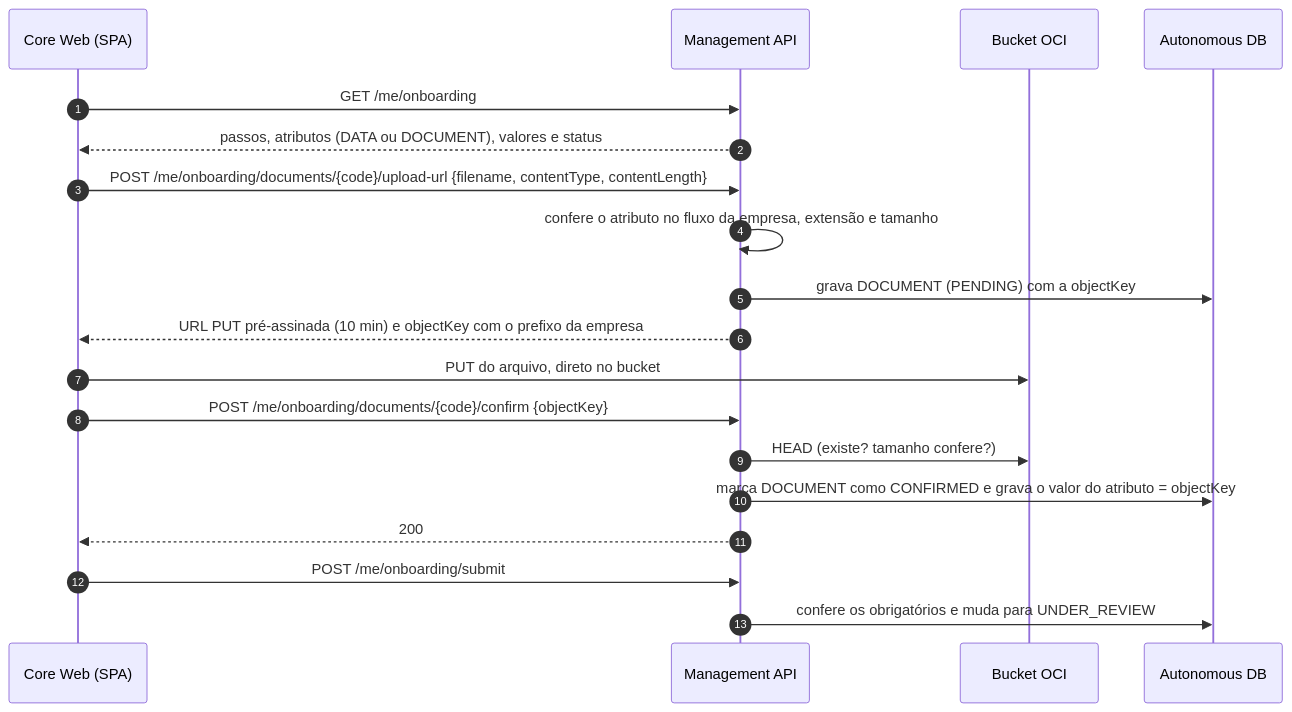
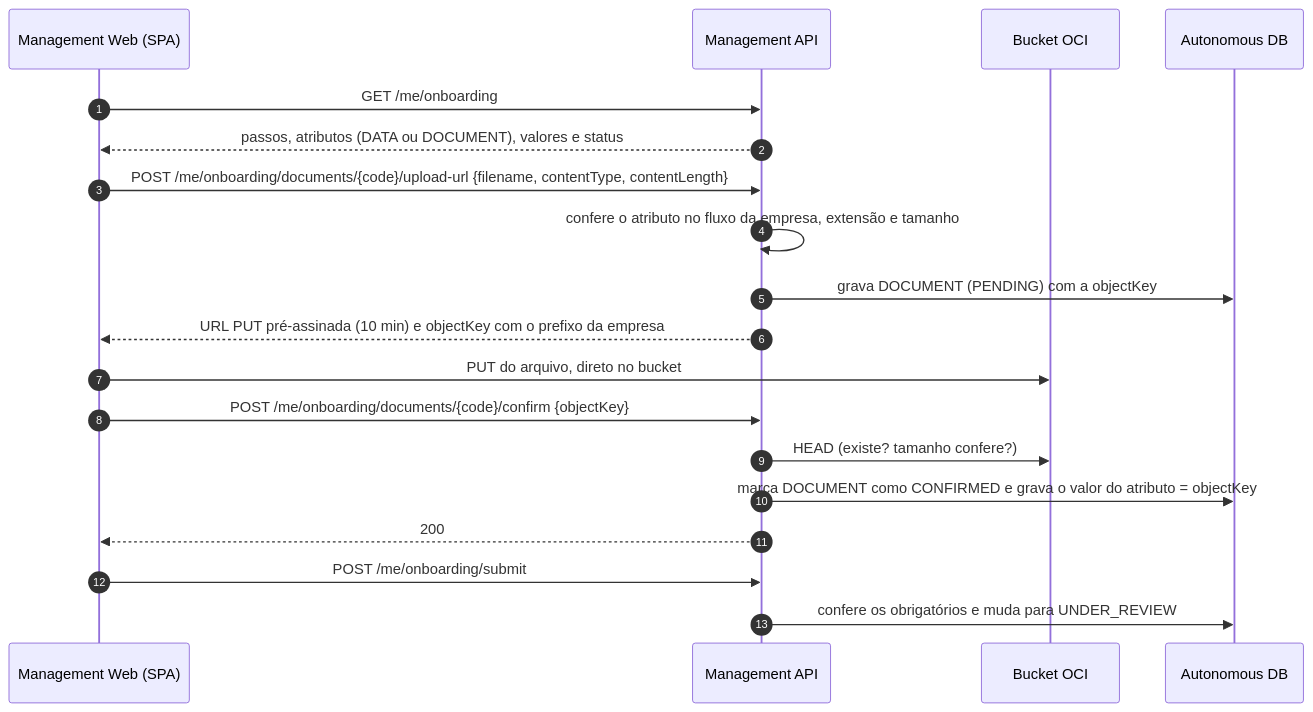
Before and after one commit to ECOLchain/ecolchain-management-api: the sixth of 8 diagrams in docs/proposta-auth-onboarding.md, drawn with Mermaid. The commit also changed other lines of this file and 5 other files, not shown here.

````diff
--- a/docs/proposta-auth-onboarding.md
+++ b/docs/proposta-auth-onboarding.md
@@ -261,22 +294,22 @@
 ```mermaid
 sequenceDiagram
     autonumber
-    participant W as Core Web (SPA)
+    participant W as Management Web (SPA)
     participant A as Management API
     participant B as Bucket OCI
     participant D as Autonomous DB
 
     W->>A: GET /me/onboarding
     A-->>W: passos, atributos (DATA ou DOCUMENT), valores e status
     W->>A: POST /me/onboarding/documents/{code}/upload-url {filename, contentType, contentLength}
     A->>A: confere o atributo no fluxo da empresa, extensão e tamanho
     A->>D: grava DOCUMENT (PENDING) com a objectKey
     A-->>W: URL PUT pré-assinada (10 min) e objectKey com o prefixo da empresa
     W->>B: PUT do arquivo, direto no bucket
     W->>A: POST /me/onboarding/documents/{code}/confirm {objectKey}
     A->>B: HEAD (existe? tamanho confere?)
     A->>D: marca DOCUMENT como CONFIRMED e grava o valor do atributo = objectKey
     A-->>W: 200
     W->>A: POST /me/onboarding/submit
     A->>D: confere os obrigatórios e muda para UNDER_REVIEW
 ```
````
